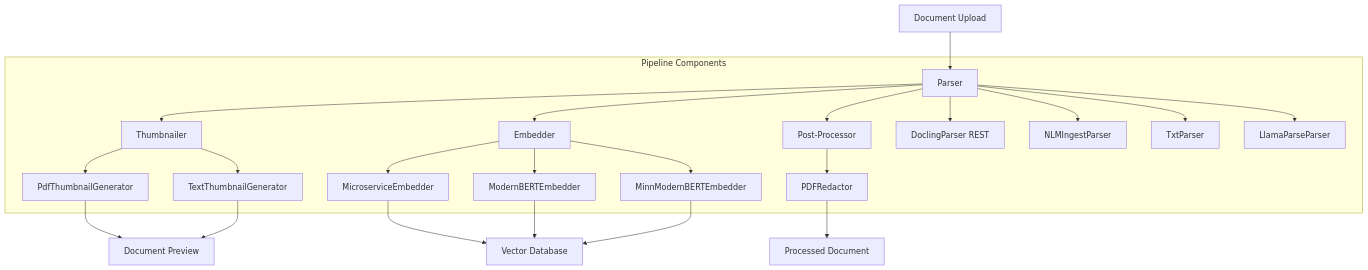
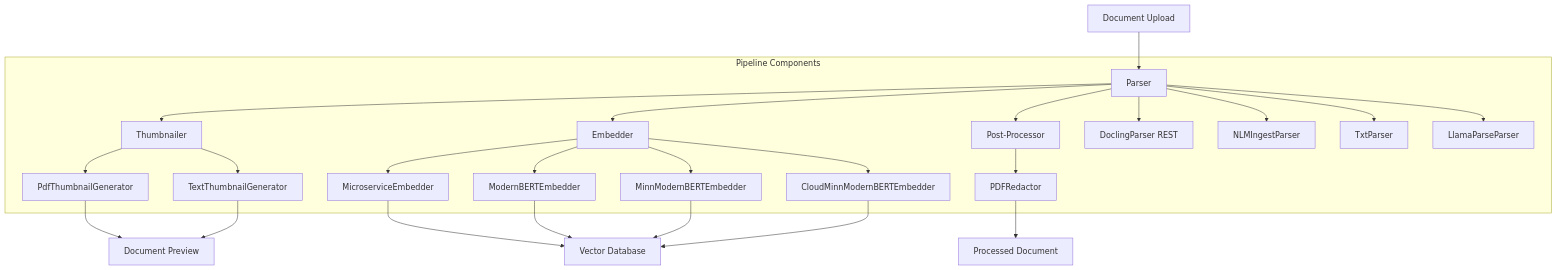
The diagram in docs/pipelines/pipeline_overview.md (baichuanping/OpenContracts), drawn with Mermaid before and after one commit. The commit also changed other lines of this file and 45 other files, not shown here.

````diff
--- a/docs/pipelines/pipeline_overview.md
+++ b/docs/pipelines/pipeline_overview.md
@@ -15,30 +17,32 @@
 ```mermaid
 graph TD
     A[Document Upload] --> B[Parser]
     B --> C[Thumbnailer]
     B --> D[Embedder]
     B --> PP[Post-Processor]
 
     subgraph "Pipeline Components"
         B --> B1[DoclingParser REST]
         B --> B2[NLMIngestParser]
         B --> B3[TxtParser]
         B --> B4[LlamaParseParser]
 
         C --> C1[PdfThumbnailGenerator]
         C --> C2[TextThumbnailGenerator]
 
         D --> D1[MicroserviceEmbedder]
         D --> D2[ModernBERTEmbedder]
         D --> D3[MinnModernBERTEmbedder]
+        D --> D4[CloudMinnModernBERTEmbedder]
 
         PP --> PP1[PDFRedactor]
     end
 
     C1 --> E[Document Preview]
     C2 --> E
     D1 --> F[Vector Database]
     D2 --> F
     D3 --> F
+    D4 --> F
     PP1 --> G[Processed Document]
 ```
````
